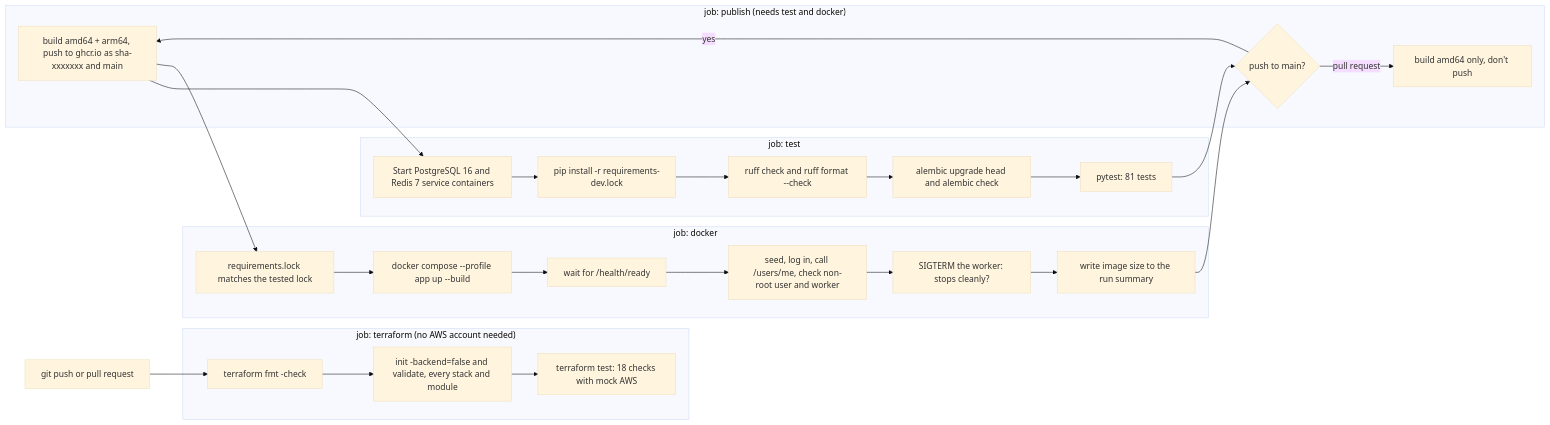
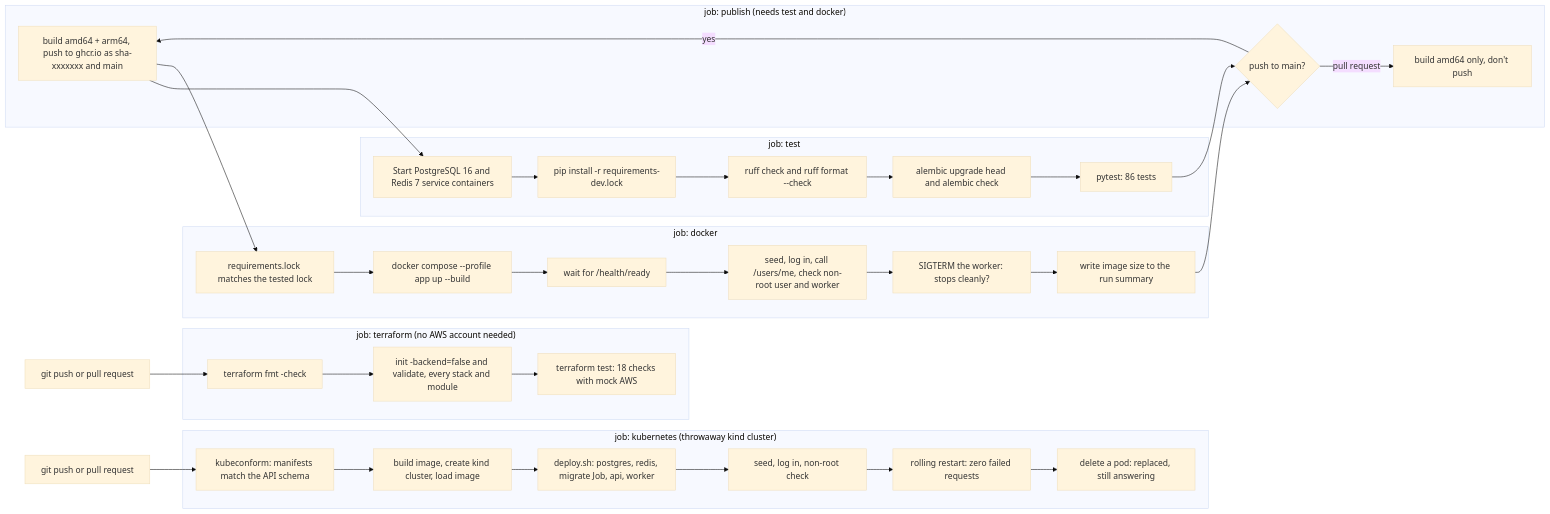
One commit to revant123/QuickServe changed the seventh of 13 diagrams in README.md. Above: the diagram before and after it, drawn with Mermaid (base theme). The commit also changed other lines of this file and 1 other file, not shown here.

First line of the commit message:
Phase 7: README for Kubernetes, quieter wait-for-migrations logs

````diff
--- a/README.md
+++ b/README.md
@@ -483,35 +485,45 @@
 ```mermaid
 flowchart LR
     push["git push or pull request"] --> pg
     push --> lock
 
     subgraph test["job: test"]
         pg["Start PostgreSQL 16 and Redis 7 service containers"] --> inst["pip install -r requirements-dev.lock"]
         inst --> lint["ruff check and ruff format --check"]
         lint --> mig["alembic upgrade head and alembic check"]
-        mig --> pyt["pytest: 81 tests"]
+        mig --> pyt["pytest: 86 tests"]
     end
 
     subgraph docker["job: docker"]
         lock["requirements.lock matches the tested lock"] --> build["docker compose --profile app up --build"]
         build --> ready["wait for /health/ready"]
         ready --> smoke["seed, log in, call /users/me, check non-root user and worker"]
         smoke --> stop["SIGTERM the worker: stops cleanly?"]
         stop --> size["write image size to the run summary"]
     end
 
     pyt --> pub
     size --> pub
 
     subgraph publish["job: publish (needs test and docker)"]
         pub{"push to main?"} -->|"yes"| push["build amd64 + arm64, push to ghcr.io as sha-xxxxxxx and main"]
         pub -->|"pull request"| only["build amd64 only, don't push"]
     end
 
     push2["git push or pull request"] --> tf
 
     subgraph terraform["job: terraform (no AWS account needed)"]
         tf["terraform fmt -check"] --> val["init -backend=false and validate, every stack and module"]
         val --> tftest["terraform test: 18 checks with mock AWS"]
     end
+
+    push3["git push or pull request"] --> kc
+
+    subgraph kubernetes["job: kubernetes (throwaway kind cluster)"]
+        kc["kubeconform: manifests match the API schema"] --> kb["build image, create kind cluster, load image"]
+        kb --> kd["deploy.sh: postgres, redis, migrate Job, api, worker"]
+        kd --> ks["seed, log in, non-root check"]
+        ks --> kr["rolling restart: zero failed requests"]
+        kr --> kh["delete a pod: replaced, still answering"]
+    end
 ```
````
